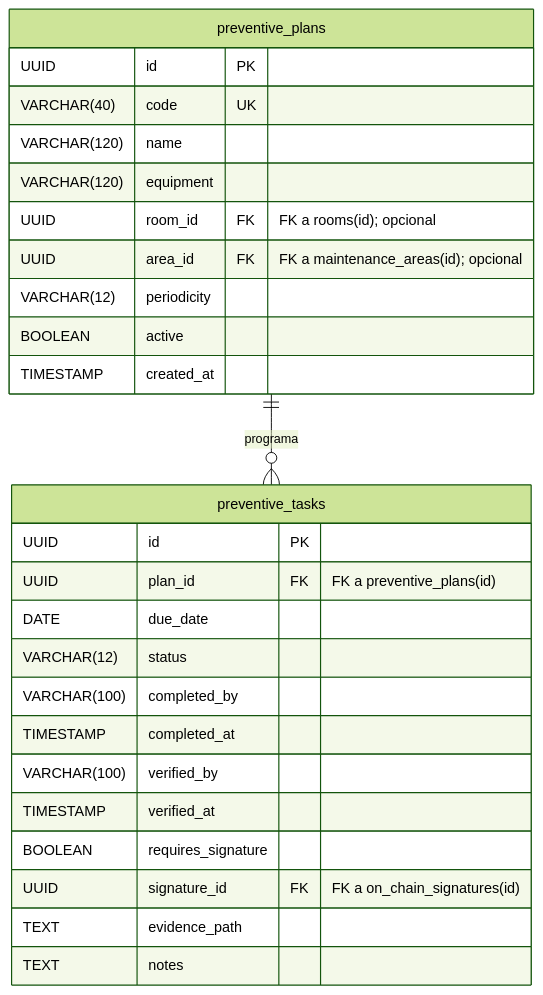
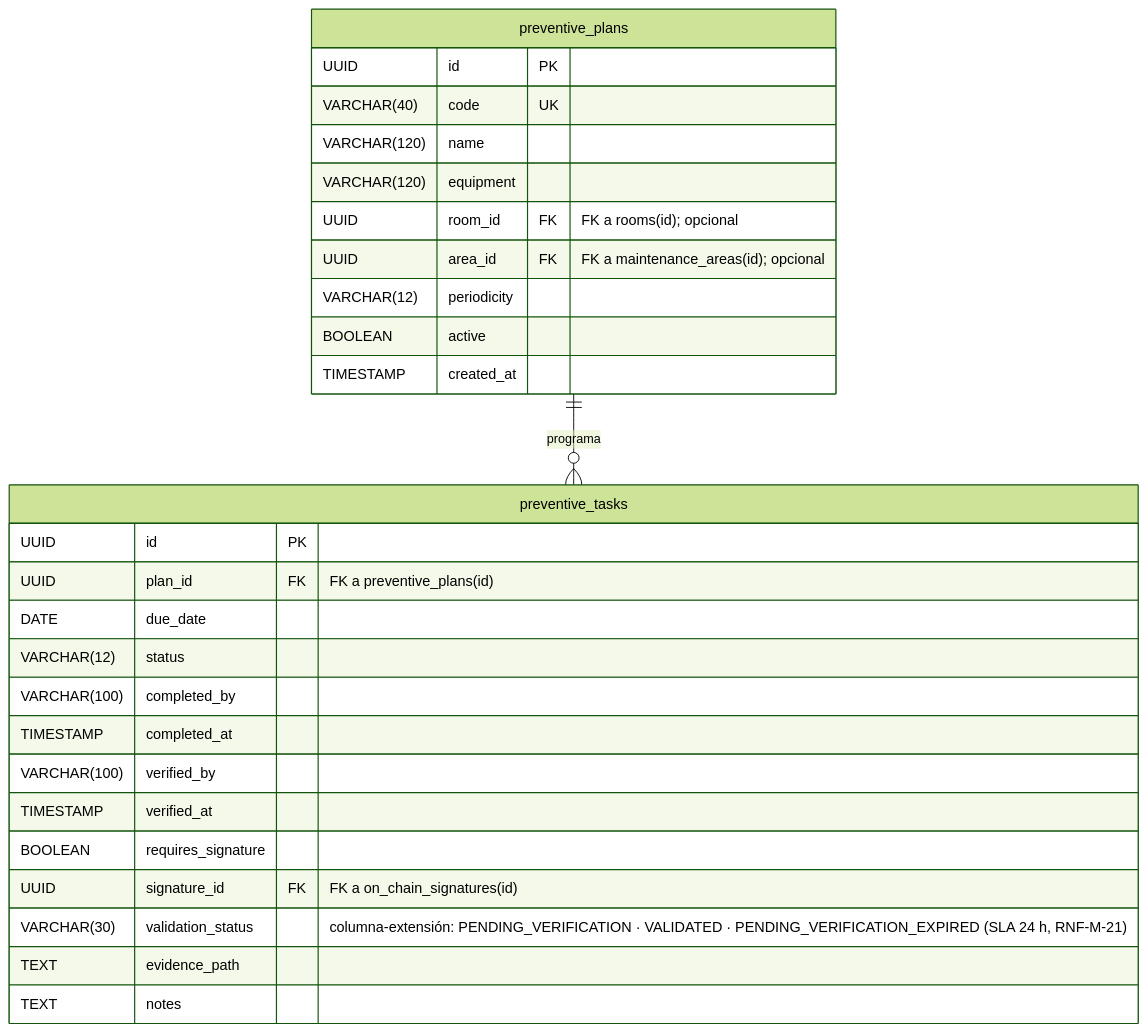
Before and after one commit to anlucorporations/hotel-room-mcp-trazable: the fourth of 5 diagrams in RepoTecnico/propuesta_vNext/diagrama_er.md, drawn with Mermaid (forest theme). The commit also changed other lines of this file and 19 other files, not shown here.

````diff
--- a/RepoTecnico/propuesta_vNext/diagrama_er.md
+++ b/RepoTecnico/propuesta_vNext/diagrama_er.md
@@ -212,31 +212,32 @@
 ```mermaid
 erDiagram
     preventive_plans {
         UUID id PK
         VARCHAR(40) code UK
         VARCHAR(120) name
         VARCHAR(120) equipment
         UUID room_id FK "FK a rooms(id); opcional"
         UUID area_id FK "FK a maintenance_areas(id); opcional"
         VARCHAR(12) periodicity
         BOOLEAN active
         TIMESTAMP created_at
     }
 
     preventive_tasks {
         UUID id PK
         UUID plan_id FK "FK a preventive_plans(id)"
         DATE due_date
         VARCHAR(12) status
         VARCHAR(100) completed_by
         TIMESTAMP completed_at
         VARCHAR(100) verified_by
         TIMESTAMP verified_at
         BOOLEAN requires_signature
         UUID signature_id FK "FK a on_chain_signatures(id)"
+        VARCHAR(30) validation_status "columna-extensión: PENDING_VERIFICATION · VALIDATED · PENDING_VERIFICATION_EXPIRED (SLA 24 h, RNF-M-21)"
         TEXT evidence_path
         TEXT notes
     }
 
     preventive_plans ||--o{ preventive_tasks : "programa"
 ```
````
